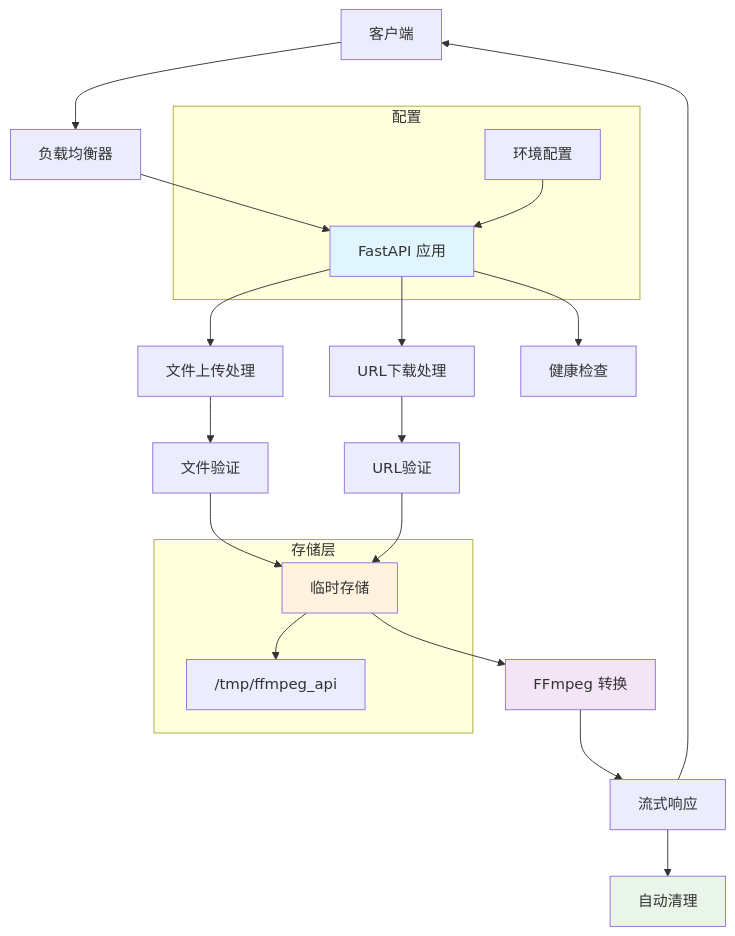
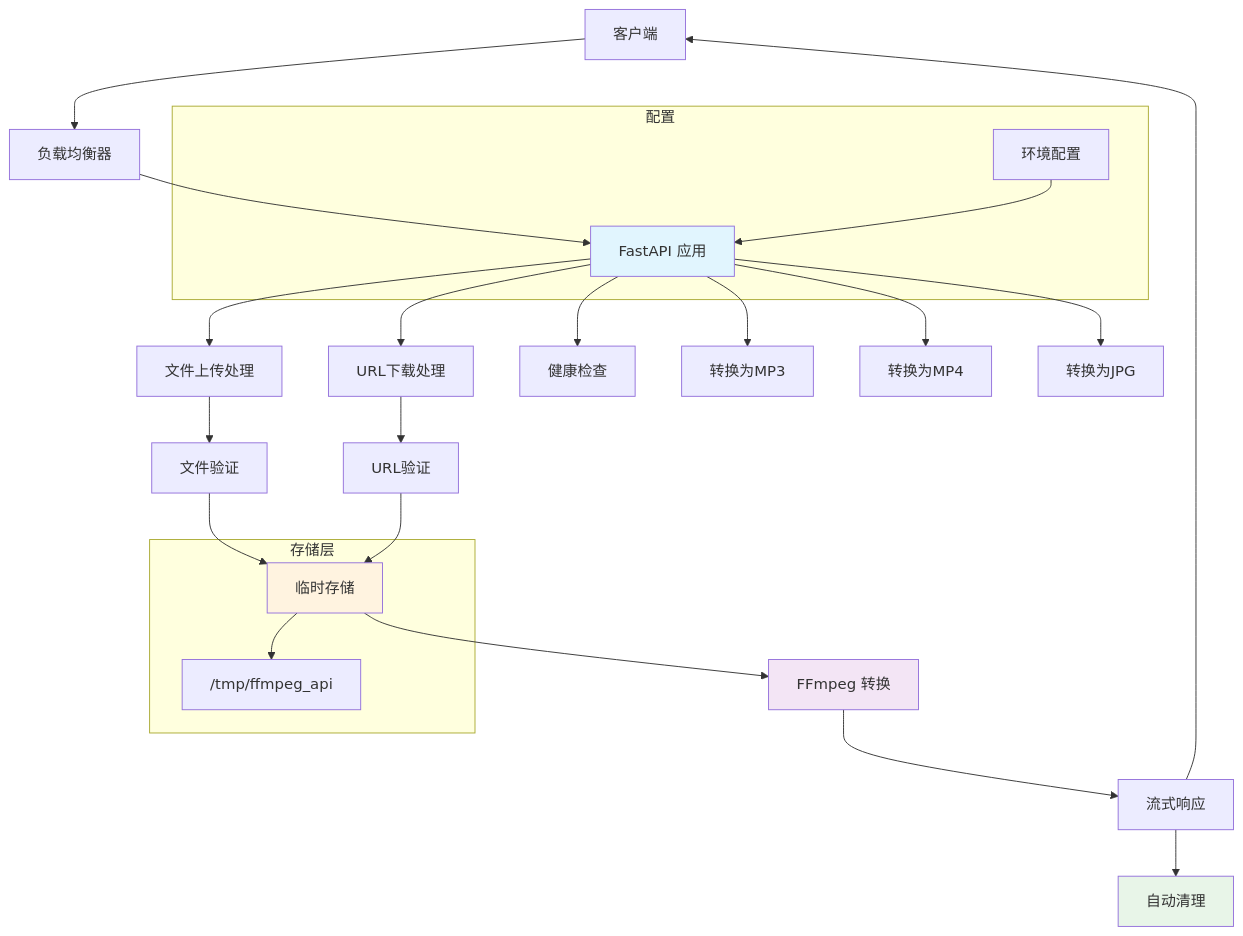
Before and after one commit to ukck/ffmpeg-service: the diagram in README.md, drawn with Mermaid. The commit also changed other lines of this file and 4 other files, not shown here.

````diff
--- a/README.md
+++ b/README.md
@@ -158,36 +236,39 @@
 ```mermaid
 graph TB
     Client[客户端] --> LB[负载均衡器]
     LB --> API[FastAPI 应用]
     
     API --> Upload[文件上传处理]
     API --> Download[URL下载处理]
     API --> Health[健康检查]
+    API --> ConvertMP3[转换为MP3]
+    API --> ConvertMP4[转换为MP4]
+    API --> ConvertJPG[转换为JPG]
     
     Upload --> Validate1[文件验证]
     Download --> Validate2[URL验证]
     
     Validate1 --> TempStore[临时存储]
     Validate2 --> TempStore
     
     TempStore --> FFmpeg[FFmpeg 转换]
     FFmpeg --> Stream[流式响应]
     
     Stream --> Cleanup[自动清理]
     Stream --> Client
     
     subgraph "存储层"
         TmpDir["/tmp/ffmpeg_api"]
         TempStore --> TmpDir
     end
     
     subgraph "配置"
         Config[环境配置]
         Config --> API
     end
     
     style API fill:#e1f5fe
     style FFmpeg fill:#f3e5f5
     style TempStore fill:#fff3e0
     style Cleanup fill:#e8f5e8
 ```
````
